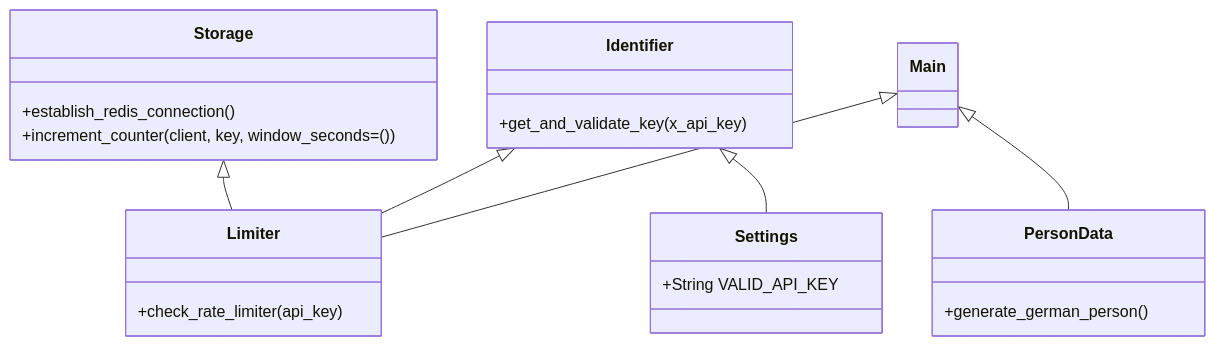
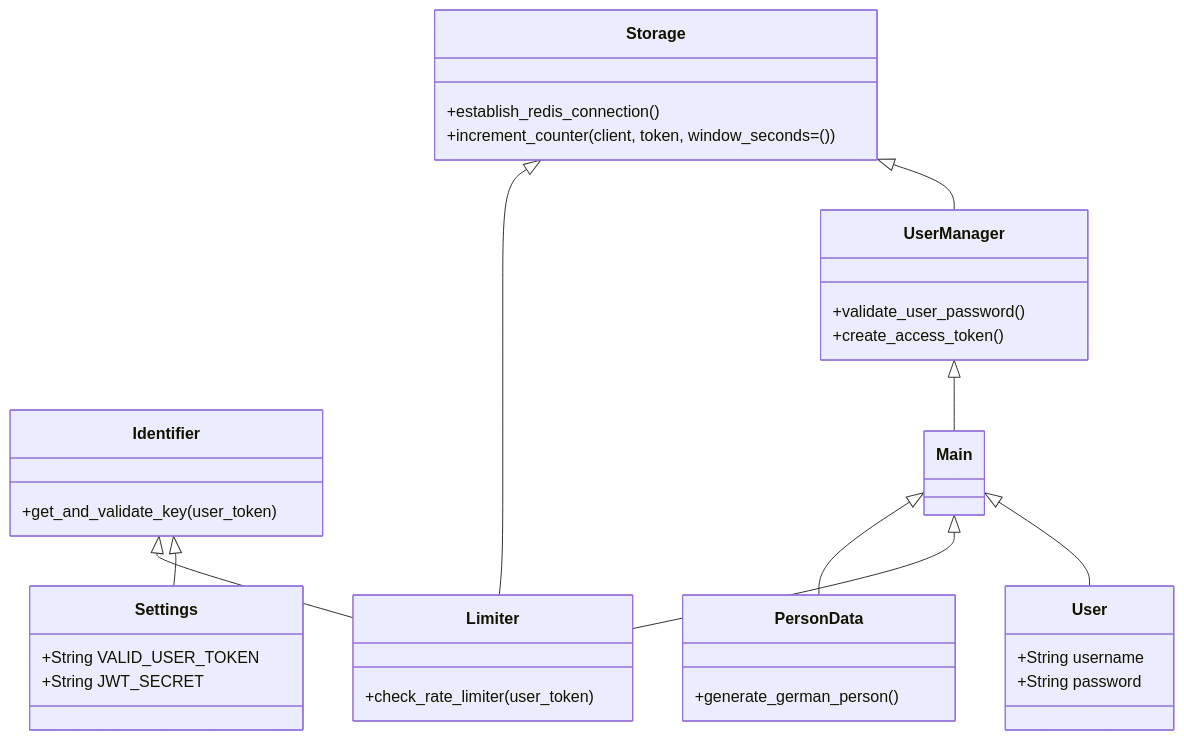
The diagram in diagrams/class_diagram_.md (JonathanWindell/API-Shell), drawn with Mermaid before and after one commit. The commit also changed 1 other file, not shown here.

Commit message:
Started design on auth and hashing

````diff
--- a/diagrams/class_diagram_.md
+++ b/diagrams/class_diagram_.md
@@ -1,29 +1,41 @@
 ```mermaid
     classDiagram
         Storage <|-- Limiter
         Identifier <|-- Limiter
         Identifier <|-- Settings
         Main <|-- PersonData
         Main <|-- Limiter
+        Main <|-- User
+        UserManager <|-- Main
+        Storage <|-- UserManager
 
         class Limiter{
-            +check_rate_limiter(api_key)
+            +check_rate_limiter(user_token)
         }
         class Identifier{
-            +get_and_validate_key(x_api_key)
+            +get_and_validate_key(user_token)
         }
         class Settings{
-            +String VALID_API_KEY
+            +String VALID_USER_TOKEN
+            +String JWT_SECRET
         }
         class Storage{
             +establish_redis_connection()
-            +increment_counter(client, key, window_seconds=())
+            +increment_counter(client, token, window_seconds=())
         }
         class PersonData{
             +generate_german_person()
         }
         class Main{
             
         }
+        class User{
+            +String username
+            +String password
+        }
+        class UserManager{
+            +validate_user_password()
+            +create_access_token()
+        }
 
 ```
````
